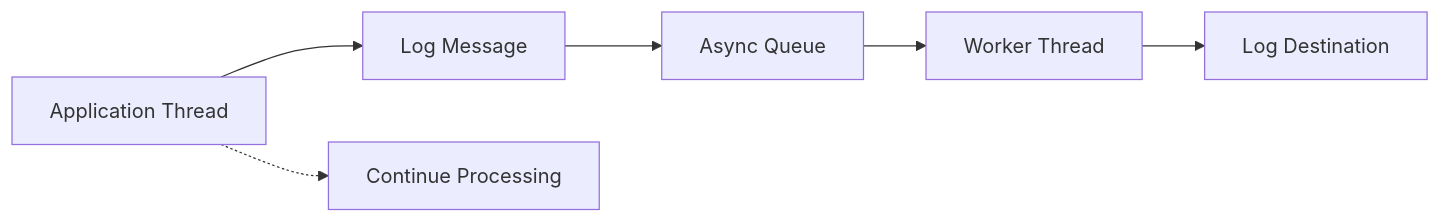
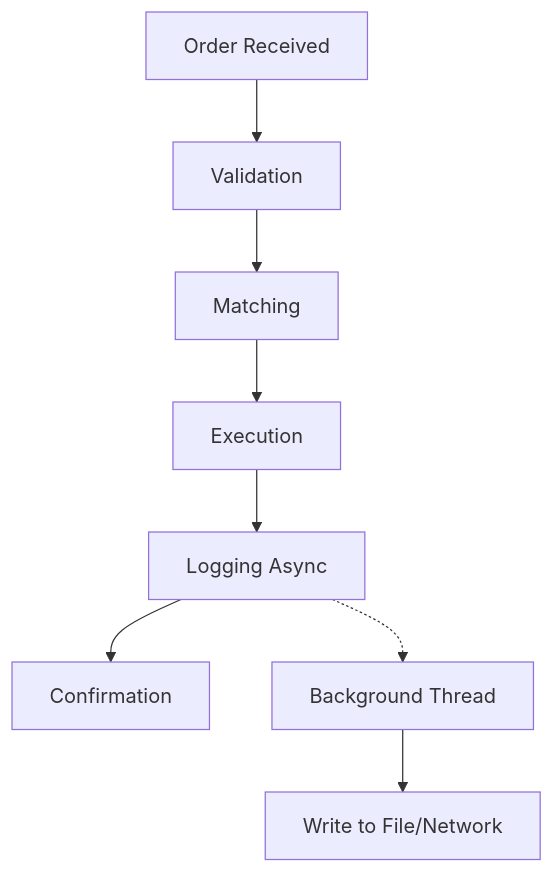
Before and after one commit to VrushankPatel/interview-matters: the diagram in async-logging/README.md, drawn with Mermaid. The commit also changed other lines of this file and 9 other files, not shown here.

Commit message:
kb: add 5 topics (monitoring-and-logging, async-logging, devops-infrastructure-as-code, proxy-forward-and-reverse, load-balancing-and-strategies) + update root index + fix interlinks

````diff
--- a/async-logging/README.md
+++ b/async-logging/README.md
@@ -41,8 +77,11 @@
 ```mermaid
-graph LR
-    A[Application Thread] --> B[Log Message]
-    B --> C[Async Queue]
-    C --> D[Worker Thread]
-    D --> E[Log Destination]
-    A -.-> F[Continue Processing]
+flowchart TD
+    A[Order Received] --> B[Validation]
+    B --> C[Matching]
+    C --> D[Execution]
+    D --> E[Logging Async]
+    E --> F[Confirmation]
+
+    E -.-> G[Background Thread]
+    G --> H[Write to File/Network]
 ```
````
